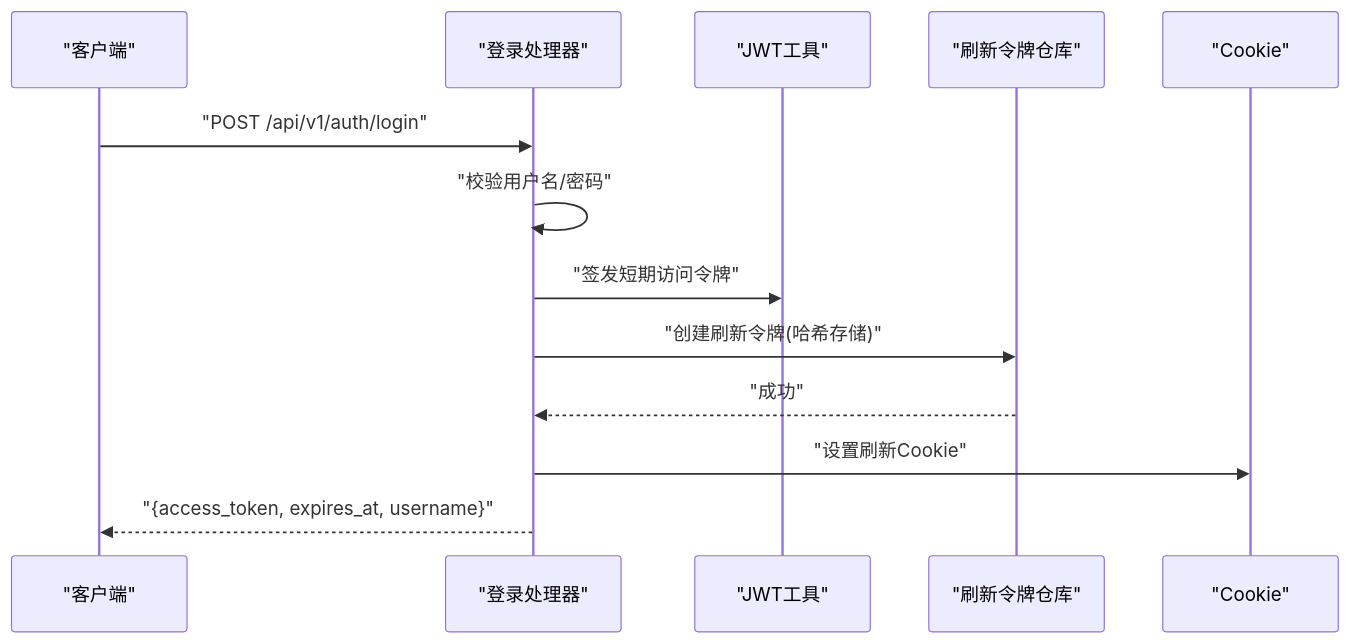
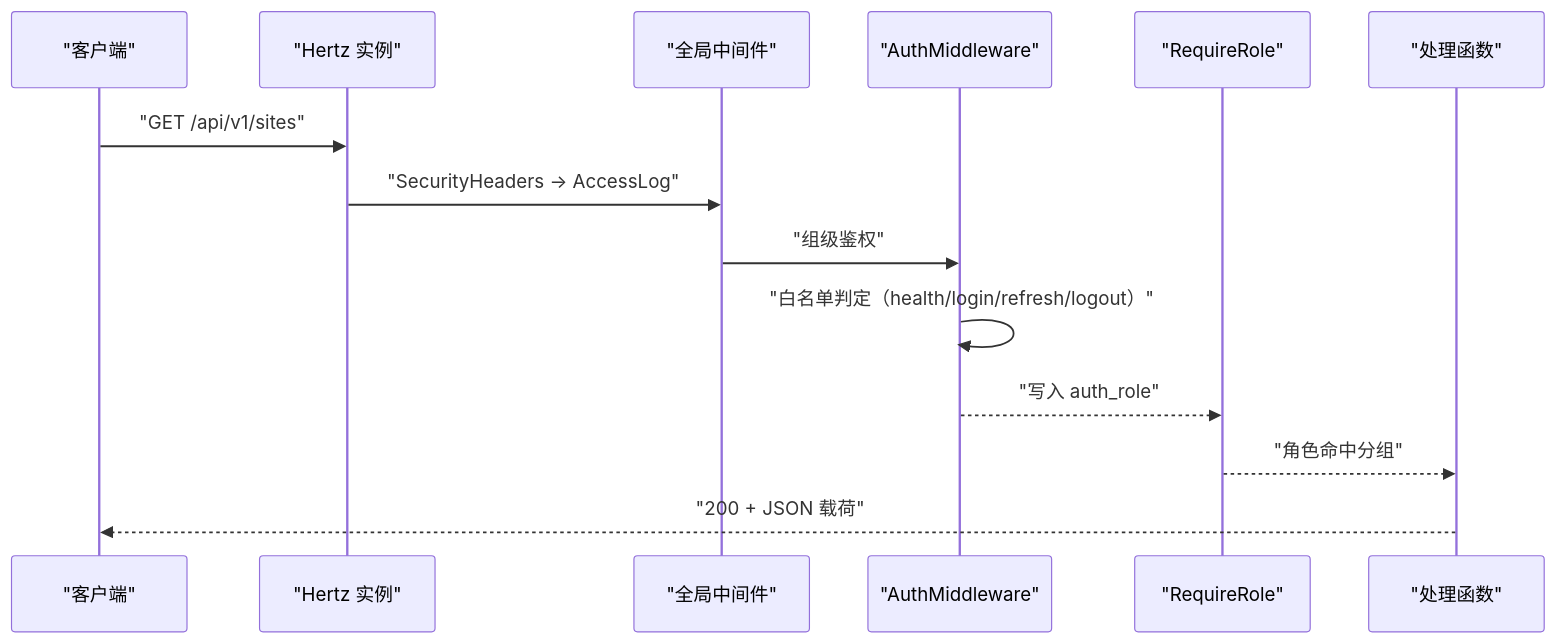
The second of 4 diagrams in docs/管理 API 系统/REST API 设计规范/API 端点参考.md (x01n/My-OpenWaf), drawn with Mermaid before and after one commit. The commit also changed other lines of this file and 622 other files, not shown here.

````diff
--- a/docs/管理 API 系统/REST API 设计规范/API 端点参考.md
+++ b/docs/管理 API 系统/REST API 设计规范/API 端点参考.md
@@ -113,15 +132,16 @@
 ```mermaid
 sequenceDiagram
-participant Client as "客户端"
-participant Login as "登录处理器"
-participant JWT as "JWT工具"
-participant RT as "刷新令牌仓库"
-participant Cookie as "Cookie"
-Client->>Login : "POST /api/v1/auth/login"
-Login->>Login : "校验用户名/密码"
-Login->>JWT : "签发短期访问令牌"
-Login->>RT : "创建刷新令牌(哈希存储)"
-RT-->>Login : "成功"
-Login->>Cookie : "设置刷新Cookie"
-Login-->>Client : "{access_token, expires_at, username}"
+participant C as "客户端"
+participant H as "Hertz 实例"
+participant G as "全局中间件"
+participant A as "AuthMiddleware"
+participant R as "RequireRole"
+participant F as "处理函数"
+C->>H : "GET /api/v1/sites"
+H->>G : "SecurityHeaders → AccessLog"
+G->>A : "组级鉴权"
+A->>A : "白名单判定（health/login/refresh/logout）"
+A-->>R : "写入 auth_role"
+R-->>F : "角色命中分组"
+F-->>C : "200 + JSON 载荷"
 ```
````
